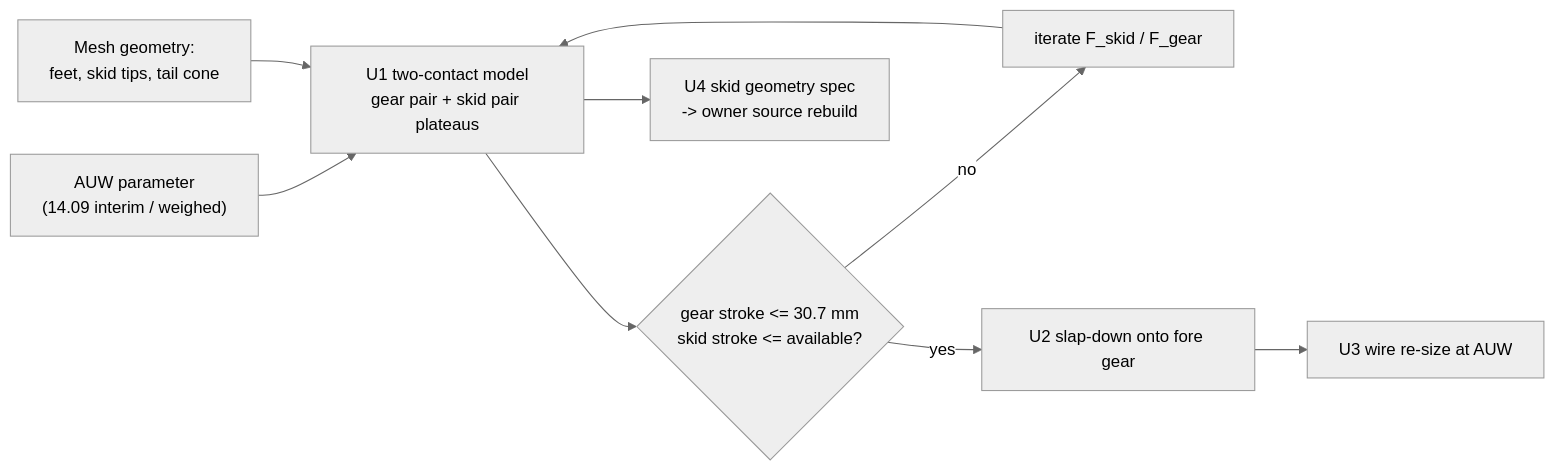
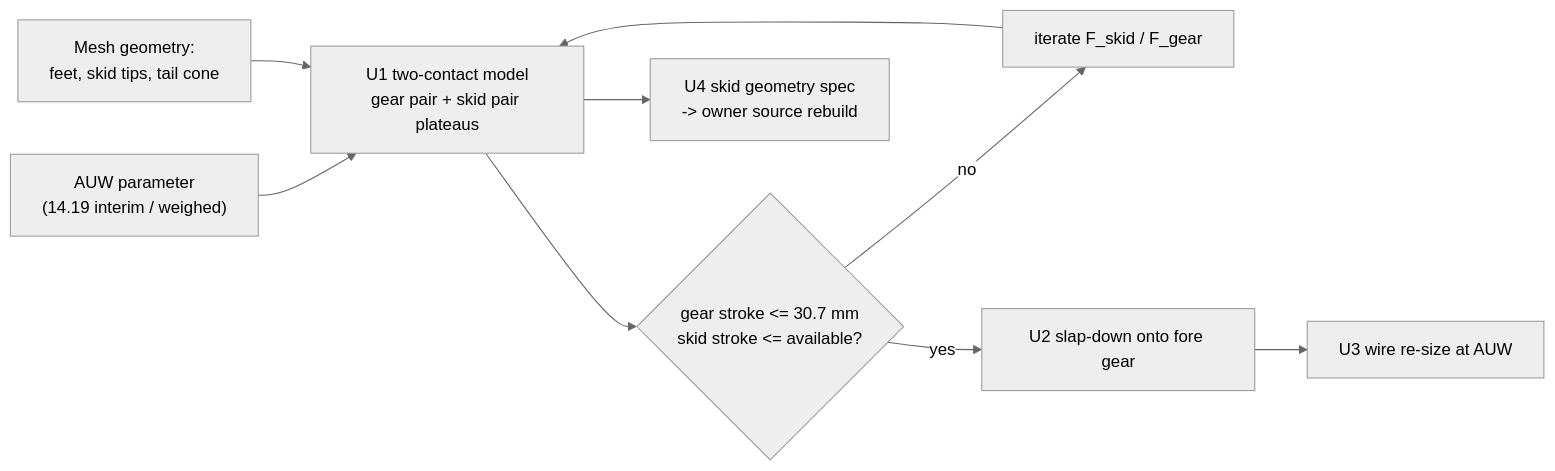
The diagram in docs/plans/2026-10-31-002-feat-aft-gear-tail-co-strike-plan.md (Stab-Rabbit-coding/Serenity-UAV), drawn with Mermaid (neutral theme) before and after one commit. The commit also changed other lines of this file and 7 other files, not shown here.

````diff
--- a/docs/plans/2026-10-31-002-feat-aft-gear-tail-co-strike-plan.md
+++ b/docs/plans/2026-10-31-002-feat-aft-gear-tail-co-strike-plan.md
@@ -97,11 +100,11 @@
 ```mermaid
 flowchart LR
-    A["AUW parameter<br/>(14.09 interim / weighed)"] --> B["U1 two-contact model<br/>gear pair + skid pair plateaus"]
+    A["AUW parameter<br/>(14.19 interim / weighed)"] --> B["U1 two-contact model<br/>gear pair + skid pair plateaus"]
     G["Mesh geometry:<br/>feet, skid tips, tail cone"] --> B
     B --> C{"gear stroke <= 30.7 mm<br/>skid stroke <= available?"}
     C -- no --> D["iterate F_skid / F_gear"]
     D --> B
     C -- yes --> E["U2 slap-down onto fore gear"]
     E --> F["U3 wire re-size at AUW"]
     B --> H["U4 skid geometry spec<br/>-> owner source rebuild"]
 ```
````
